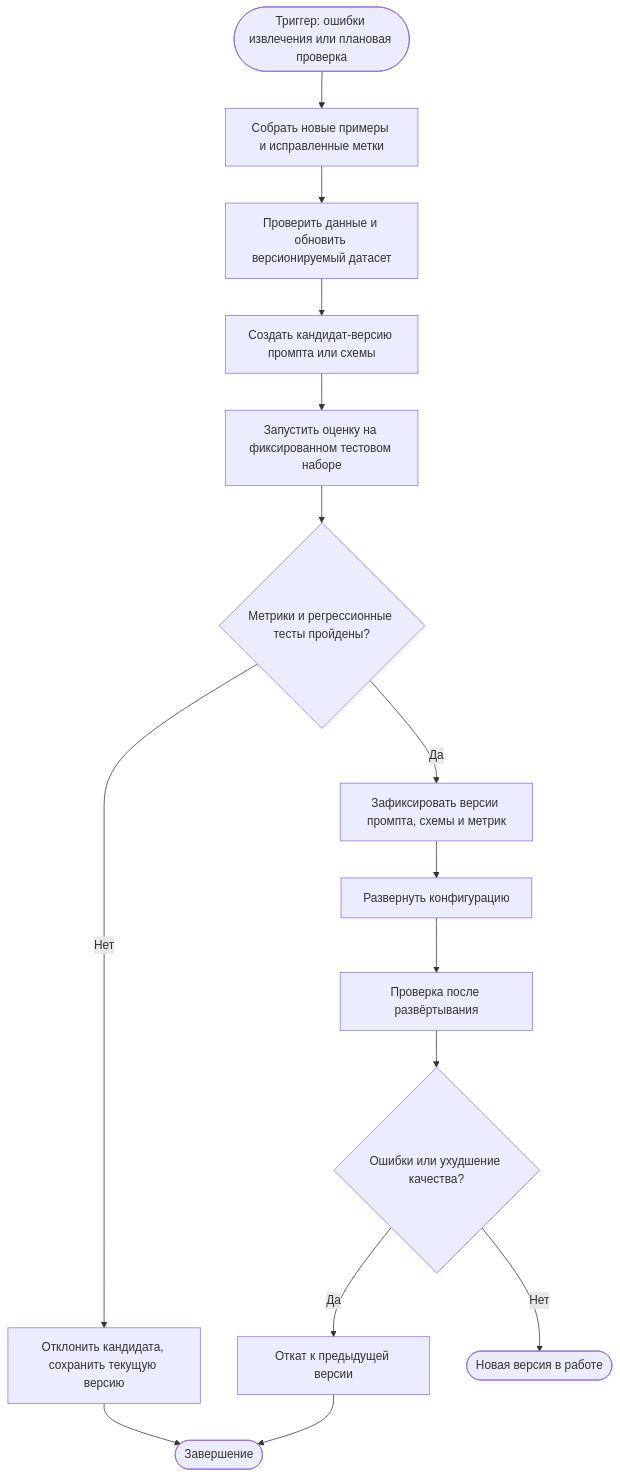
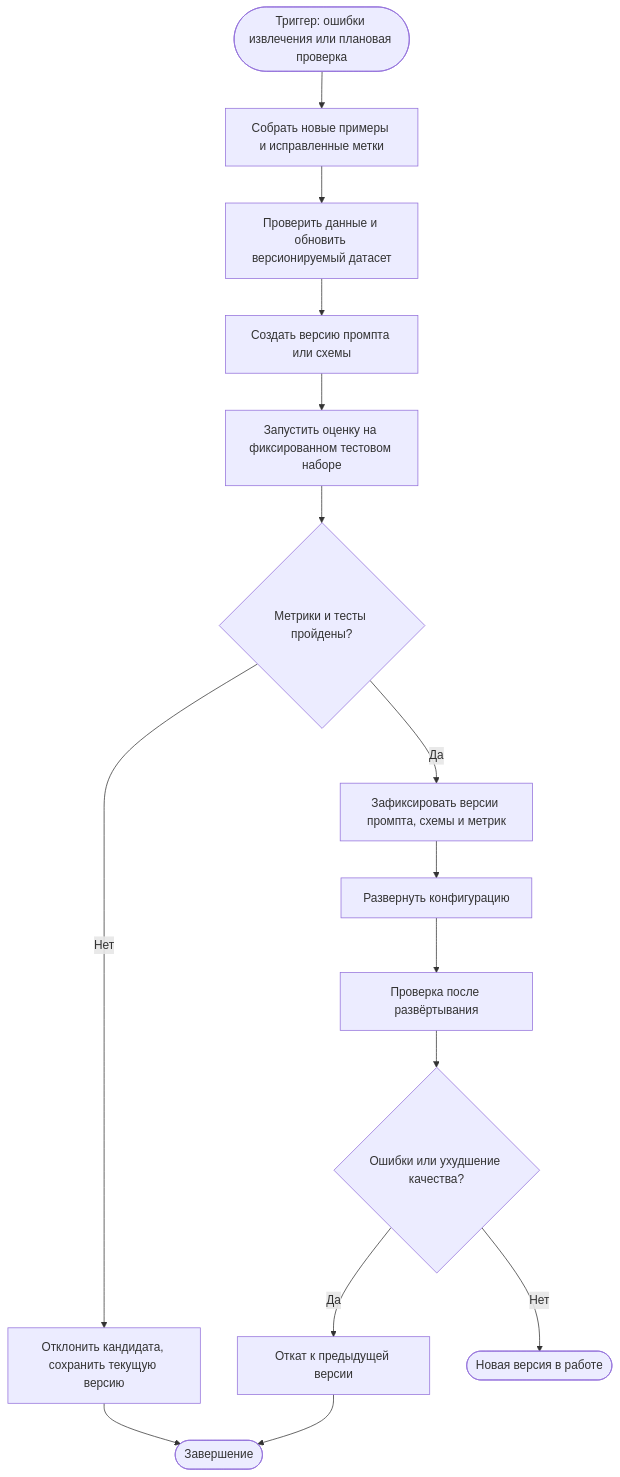
Before and after one commit to IvanWend/techanizer: the diagram in docs/model_retrain_BPMN.md, drawn with Mermaid. The commit also changed other lines of this file, not shown here.

````diff
--- a/docs/model_retrain_BPMN.md
+++ b/docs/model_retrain_BPMN.md
@@ -7,17 +7,17 @@
 ```mermaid
 flowchart TD
     A([Триггер: ошибки извлечения или плановая проверка]) --> B[Собрать новые примеры и исправленные метки]
     B --> C[Проверить данные и обновить версионируемый датасет]
-    C --> D[Создать кандидат-версию промпта или схемы]
+    C --> D[Создать версию промпта или схемы]
     D --> E[Запустить оценку на фиксированном тестовом наборе]
-    E --> F{Метрики и регрессионные тесты пройдены?}
+    E --> F{Метрики и тесты пройдены?}
     F -- Нет --> G[Отклонить кандидата, сохранить текущую версию]
     G --> H([Завершение])
     F -- Да --> I[Зафиксировать версии промпта, схемы и метрик]
     I --> J[Развернуть конфигурацию]
     J --> K[Проверка после развёртывания]
     K --> L{Ошибки или ухудшение качества?}
     L -- Да --> M[Откат к предыдущей версии]
     M --> H
     L -- Нет --> N([Новая версия в работе])
 ```
````
